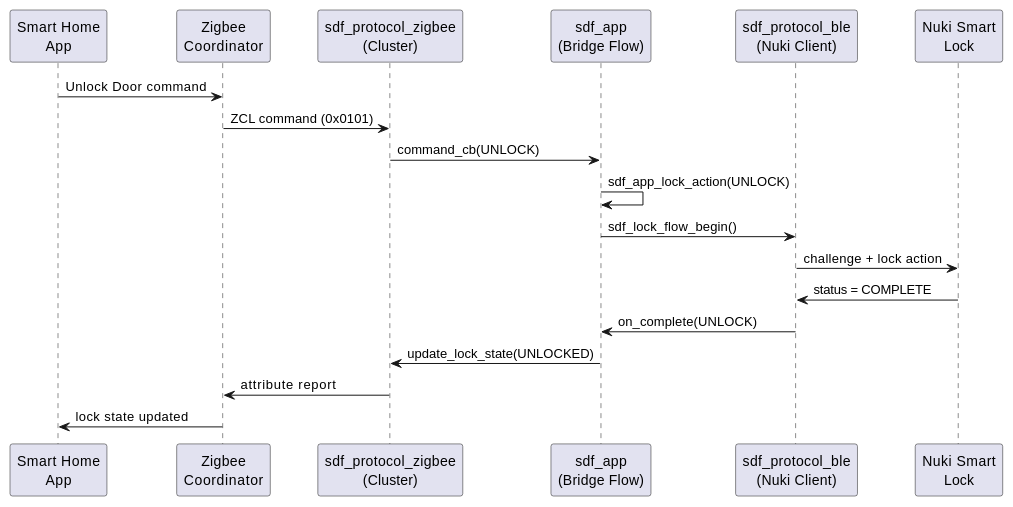
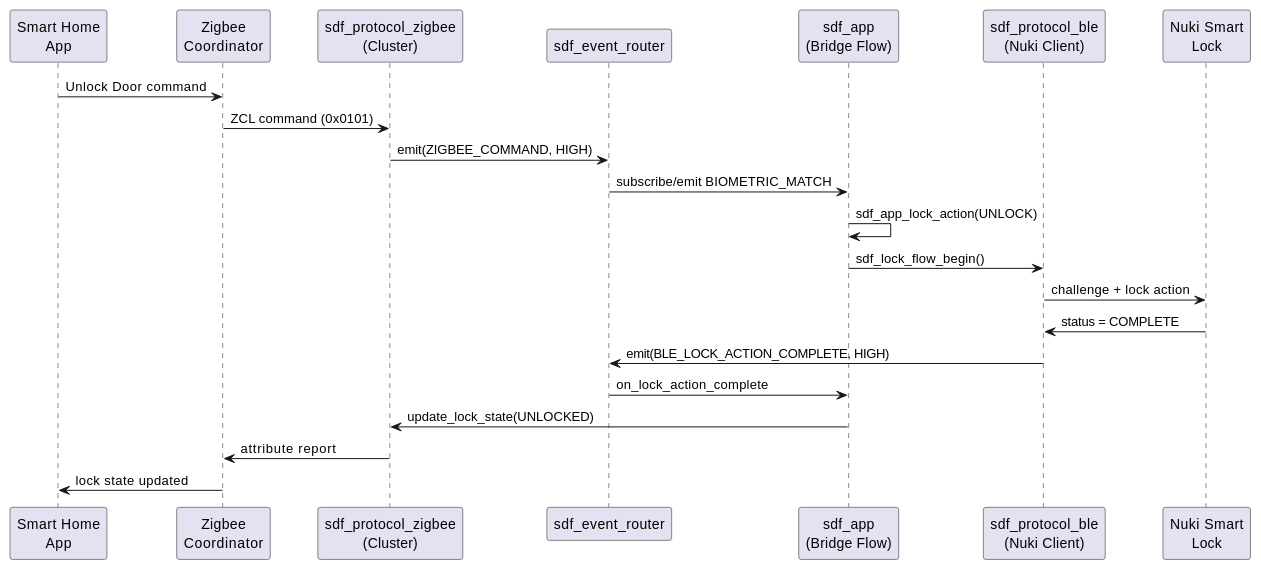
The ninth of 13 diagrams in doc/sdf_sas.md (thor-ro/finger_print), drawn with PlantUML before and after one commit. The commit also changed other lines of this file and 42 other files, not shown here.

````diff
--- a/doc/sdf_sas.md
+++ b/doc/sdf_sas.md
@@ -328,22 +388,25 @@
 ```plantuml
 @startuml
 participant "Smart Home\nApp" as HA
 participant "Zigbee\nCoordinator" as ZC
 participant "sdf_protocol_zigbee\n(Cluster)" as ZB
+participant "sdf_event_router" as EVT
 participant "sdf_app\n(Bridge Flow)" as APP
 participant "sdf_protocol_ble\n(Nuki Client)" as BLE
 participant "Nuki Smart\nLock" as NUKI
 
 HA -> ZC : Unlock Door command
 ZC -> ZB : ZCL command (0x0101)
-ZB -> APP : command_cb(UNLOCK)
+ZB -> EVT : emit(ZIGBEE_COMMAND, HIGH)
+EVT -> APP : subscribe/emit BIOMETRIC_MATCH
 APP -> APP : sdf_app_lock_action(UNLOCK)
 APP -> BLE : sdf_lock_flow_begin()
 BLE -> NUKI : challenge + lock action
 NUKI -> BLE : status = COMPLETE
-BLE -> APP : on_complete(UNLOCK)
+BLE -> EVT : emit(BLE_LOCK_ACTION_COMPLETE, HIGH)
+EVT -> APP : on_lock_action_complete
 APP -> ZB : update_lock_state(UNLOCKED)
 ZB -> ZC : attribute report
 ZC -> HA : lock state updated
 @enduml
 ```
````
